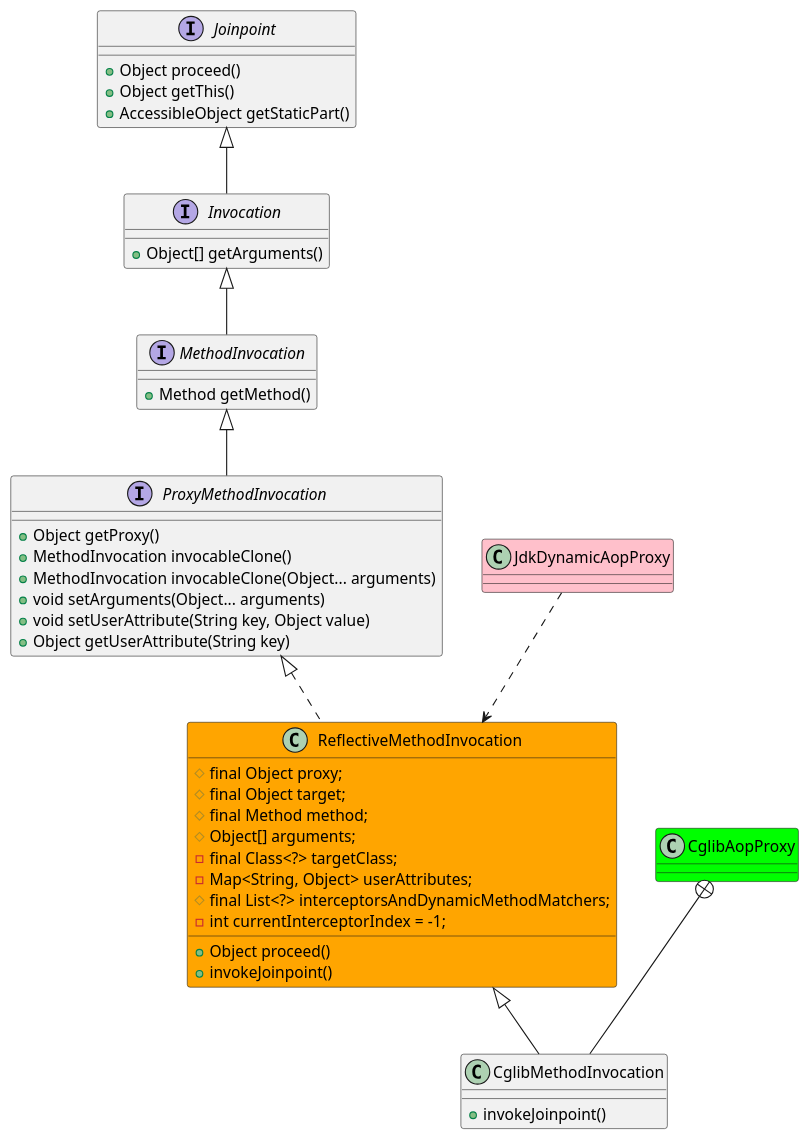
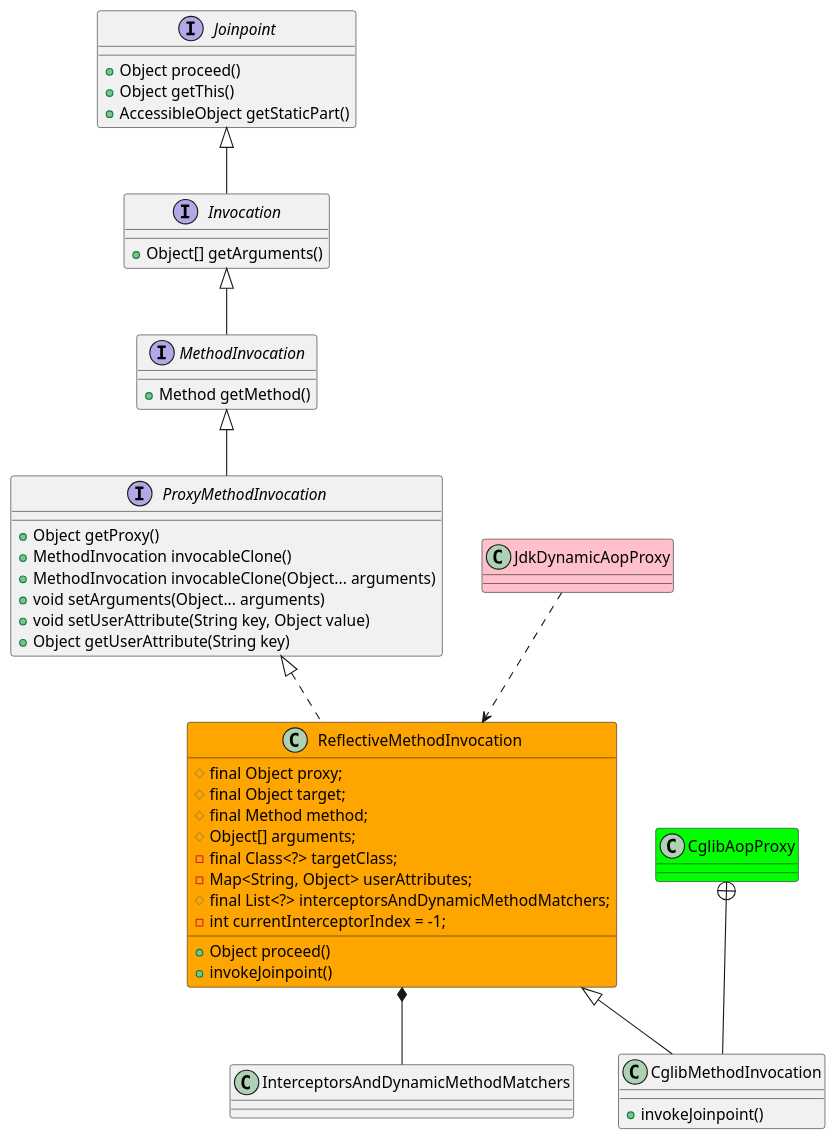
The diagram in docs/20-framework/src/spring/spring-aop/framework/ReflectiveMethodInvocation.md (onlyonion/development), drawn with PlantUML before and after one commit. The commit also changed other lines of this file and 64 other files, not shown here.

````diff
--- a/docs/20-framework/src/spring/spring-aop/framework/ReflectiveMethodInvocation.md
+++ b/docs/20-framework/src/spring/spring-aop/framework/ReflectiveMethodInvocation.md
@@ -17,64 +17,66 @@
 ```plantuml
 @startuml
 
 '''''''''''''''''''''''''Joinpoint''''''''''''''''''''''''''''''
 interface Joinpoint {
     + Object proceed()
     + Object getThis()
     + AccessibleObject getStaticPart()
 }
 
 interface Invocation {
     + Object[] getArguments()                   
 }
 
 interface MethodInvocation {
     + Method getMethod()
 }
 
 interface ProxyMethodInvocation {
 	+ Object getProxy()
 	+ MethodInvocation invocableClone()
 	+ MethodInvocation invocableClone(Object... arguments)
 	+ void setArguments(Object... arguments)
 	+ void setUserAttribute(String key, Object value)
 	+ Object getUserAttribute(String key)
 }
 
 Joinpoint ^-- Invocation
 Invocation ^-- MethodInvocation
 MethodInvocation ^-- ProxyMethodInvocation
 
 '''''''''''''''''''''''''父类''''''''''''''''''''''''''''''
 ProxyMethodInvocation ^.. ReflectiveMethodInvocation
 
 class ReflectiveMethodInvocation #orange {
     # final Object proxy;
     # final Object target;
     # final Method method;
     # Object[] arguments;
     - final Class<?> targetClass;
     - Map<String, Object> userAttributes;
     # final List<?> interceptorsAndDynamicMethodMatchers;
     - int currentInterceptorIndex = -1;
     
     + Object proceed()
     + invokeJoinpoint()
 }
 
+ReflectiveMethodInvocation *-- InterceptorsAndDynamicMethodMatchers
+
 
 '''''''''''''''''''''''''CglibAopProxy''''''''''''''''''''''''''''''
 ReflectiveMethodInvocation ^-- CglibMethodInvocation
 
 class CglibAopProxy #lime
 CglibAopProxy +-- CglibMethodInvocation
 class CglibMethodInvocation {
     + invokeJoinpoint()
 }
 
 '''''''''''''''''''''''''JdkDynamicAopProxy''''''''''''''''''''''''''''''
 class JdkDynamicAopProxy #pink
 JdkDynamicAopProxy ..> ReflectiveMethodInvocation
 
 @enduml
 ```
````
